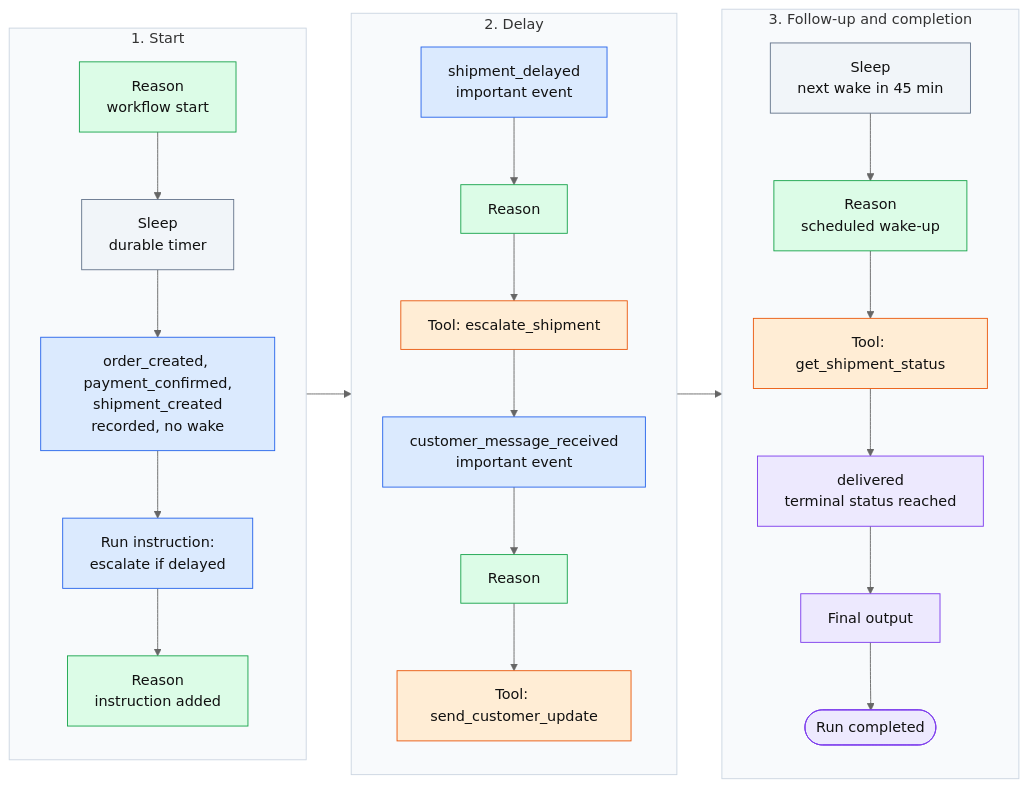
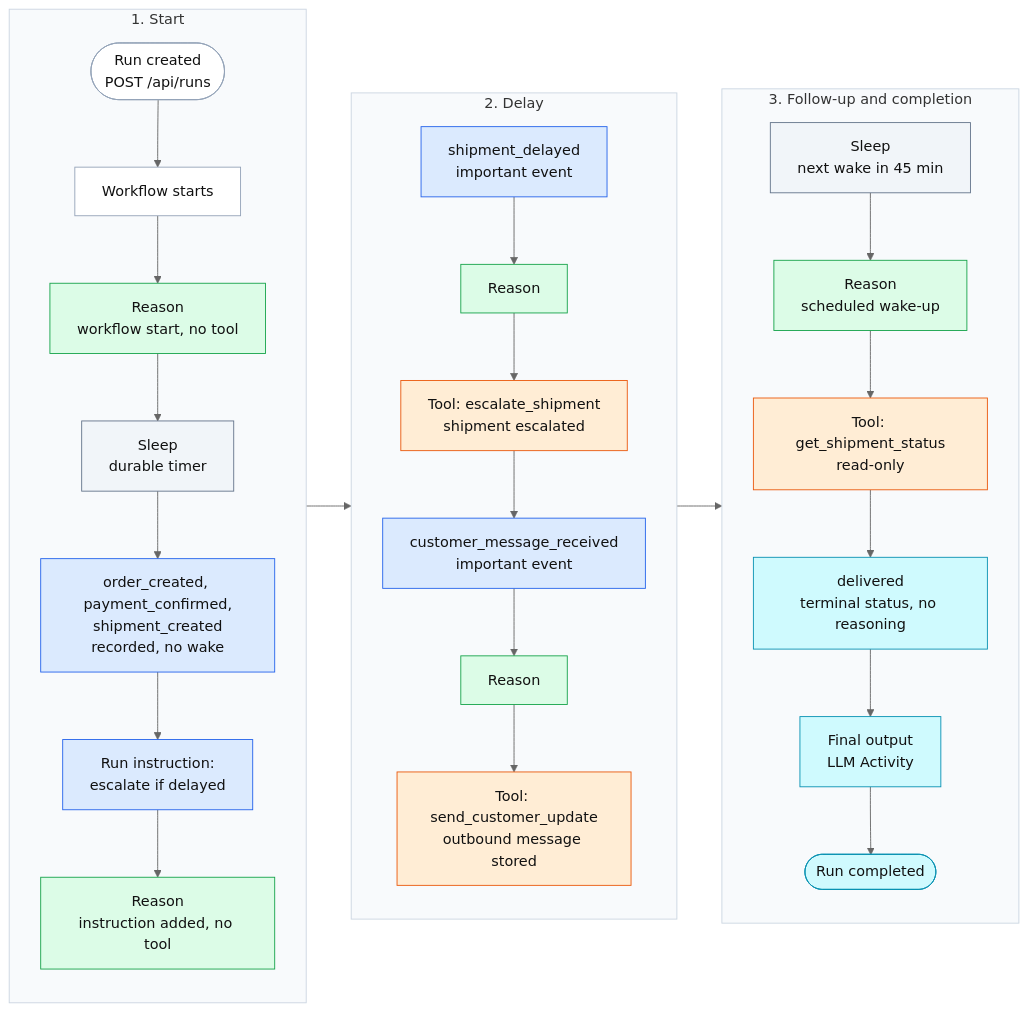
Before and after one commit to averagecoder4088/AI-supervisor: the fourth of 4 diagrams in README.md, drawn with Mermaid (neutral theme). The commit also changed other lines of this file, not shown here.

Commit message:
Finalize Mermaid architecture diagrams

````diff
--- a/README.md
+++ b/README.md
@@ -166,42 +182,46 @@
 ```mermaid
 flowchart LR
     subgraph P1["1. Start"]
         direction TB
-        r1["Reason<br/>workflow start"] --> z1["Sleep<br/>durable timer"]
+        c1(["Run created<br/>POST /api/runs"]) --> w1["Workflow starts"]
+        w1 --> r1["Reason<br/>workflow start, no tool"]
+        r1 --> z1["Sleep<br/>durable timer"]
         z1 --> e1["order_created, payment_confirmed,<br/>shipment_created<br/>recorded, no wake"]
         e1 --> e2["Run instruction:<br/>escalate if delayed"]
-        e2 --> r2["Reason<br/>instruction added"]
+        e2 --> r2["Reason<br/>instruction added, no tool"]
     end
     subgraph P2["2. Delay"]
         direction TB
         e3["shipment_delayed<br/>important event"] --> r3["Reason"]
-        r3 --> t1["Tool: escalate_shipment"]
+        r3 --> t1["Tool: escalate_shipment<br/>shipment escalated"]
         t1 --> e4["customer_message_received<br/>important event"]
         e4 --> r4["Reason"]
-        r4 --> t2["Tool: send_customer_update"]
+        r4 --> t2["Tool: send_customer_update<br/>outbound message stored"]
     end
     subgraph P3["3. Follow-up and completion"]
         direction TB
         z2["Sleep<br/>next wake in 45 min"] --> r5["Reason<br/>scheduled wake-up"]
-        r5 --> t3["Tool: get_shipment_status"]
-        t3 --> e5["delivered<br/>terminal status reached"]
-        e5 --> fo["Final output"]
+        r5 --> t3["Tool: get_shipment_status<br/>read-only"]
+        t3 --> e5["delivered<br/>terminal status, no reasoning"]
+        e5 --> fo["Final output<br/>LLM Activity"]
         fo --> done(["Run completed"])
     end
     P1 --> P2
     P2 --> P3
     style P1 fill:#f8fafc,stroke:#cbd5e1
     style P2 fill:#f8fafc,stroke:#cbd5e1
     style P3 fill:#f8fafc,stroke:#cbd5e1
 
     classDef ev fill:#dbeafe,stroke:#2563eb,color:#111
     classDef rs fill:#dcfce7,stroke:#16a34a,color:#111
     classDef tl fill:#ffedd5,stroke:#ea580c,color:#111
     classDef sl fill:#f1f5f9,stroke:#64748b,color:#111
-    classDef tm fill:#ede9fe,stroke:#7c3aed,color:#111
+    classDef tm fill:#cffafe,stroke:#0891b2,color:#111
+    classDef st fill:#ffffff,stroke:#94a3b8,color:#111
     class e1,e2,e3,e4 ev
     class r1,r2,r3,r4,r5 rs
     class t1,t2,t3 tl
     class z1,z2 sl
     class e5,fo,done tm
+    class c1,w1 st
 ```
````
